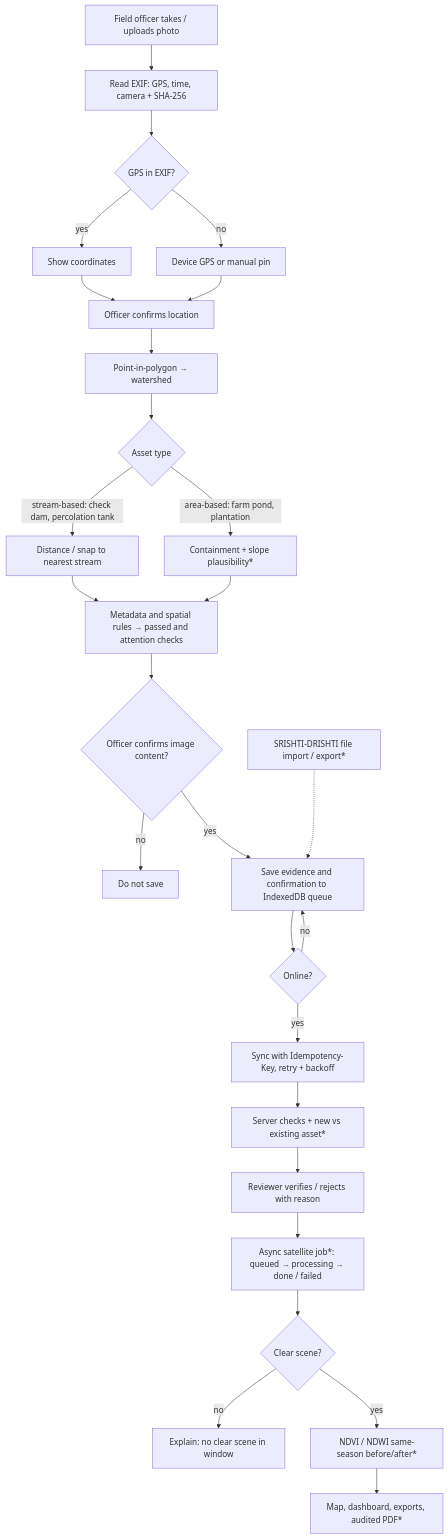
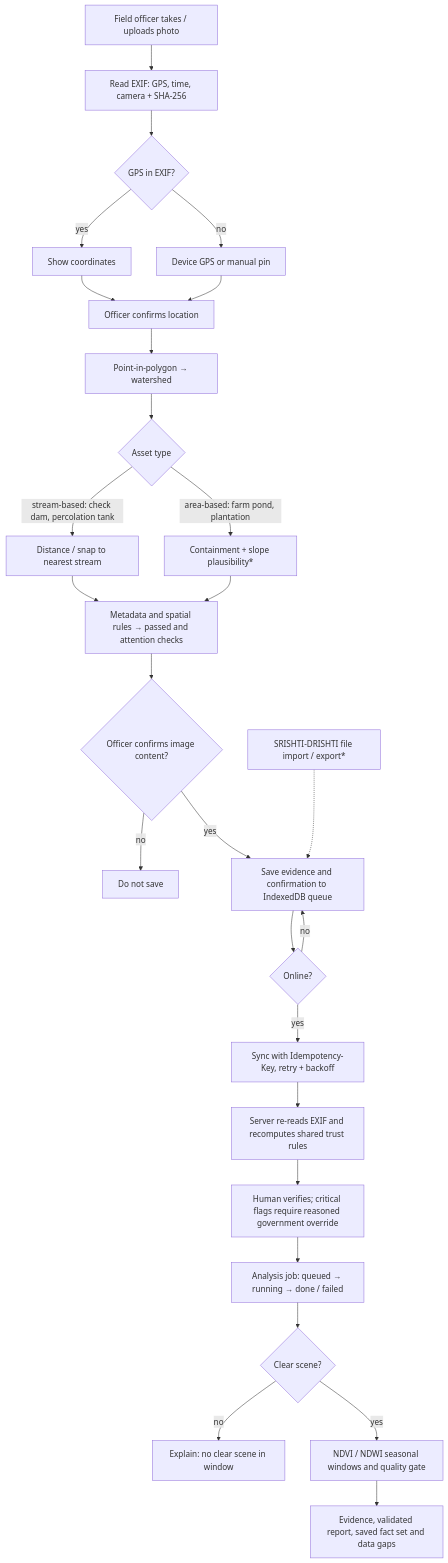
The diagram in docs/ARCHITECTURE.md (omkar0816/HydroSnap-3D), drawn with Mermaid before and after one commit. The commit also changed other lines of this file and 81 other files, not shown here.

````diff
--- a/docs/ARCHITECTURE.md
+++ b/docs/ARCHITECTURE.md
@@ -64,29 +70,29 @@
 ```mermaid
 flowchart TD
   A[Field officer takes / uploads photo] --> B[Read EXIF: GPS, time, camera + SHA-256]
   B --> C{GPS in EXIF?}
   C -- yes --> D[Show coordinates]
   C -- no --> D2[Device GPS or manual pin]
   D --> E[Officer confirms location]
   D2 --> E
   E --> F[Point-in-polygon → watershed]
   F --> G{Asset type}
   G -- stream-based: check dam, percolation tank --> H[Distance / snap to nearest stream]
   G -- area-based: farm pond, plantation --> H2[Containment + slope plausibility*]
   H --> I[Metadata and spatial rules → passed and attention checks]
   H2 --> I
   I --> I2{Officer confirms image content?}
   I2 -- no --> I3[Do not save]
   I2 -- yes --> J[Save evidence and confirmation to IndexedDB queue]
   J --> K{Online?}
   K -- no --> J
   K -- yes --> L[Sync with Idempotency-Key, retry + backoff]
-  L --> M[Server checks + new vs existing asset*]
-  M --> N[Reviewer verifies / rejects with reason]
-  N --> O[Async satellite job*: queued → processing → done / failed]
+  L --> M[Server re-reads EXIF and recomputes shared trust rules]
+  M --> N[Human verifies; critical flags require reasoned government override]
+  N --> O[Analysis job: queued → running → done / failed]
   O --> P{Clear scene?}
   P -- no --> P2[Explain: no clear scene in window]
-  P -- yes --> Q[NDVI / NDWI same-season before/after*]
-  Q --> R[Map, dashboard, exports, audited PDF*]
+  P -- yes --> Q[NDVI / NDWI seasonal windows and quality gate]
+  Q --> R[Evidence, validated report, saved fact set and data gaps]
   S[SRISHTI-DRISHTI file import / export*] -.-> J
 ```
````
